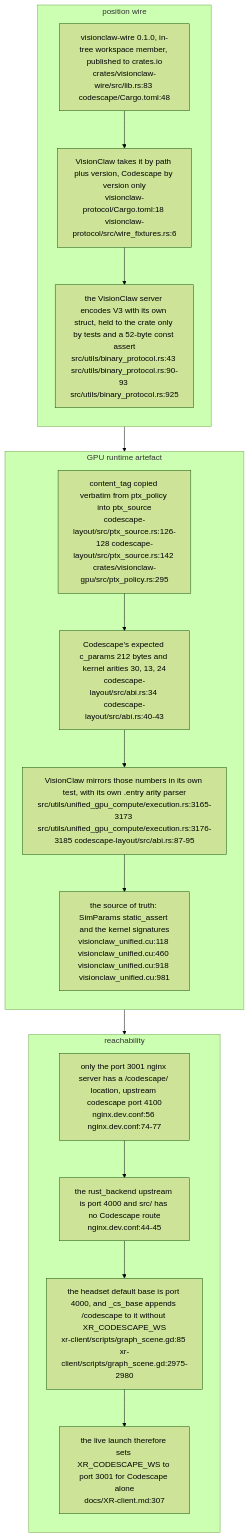
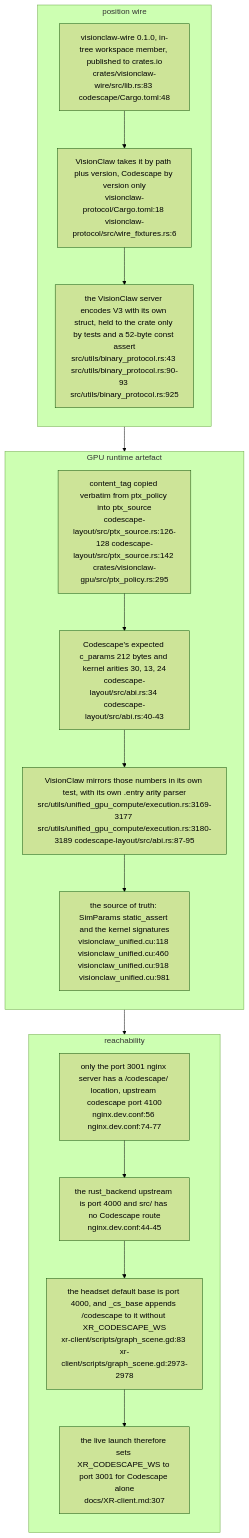
The eighth of 8 diagrams in docs/diagrams/visionclaw/39-codescape.md (DreamLab-AI/VisionFlow), drawn with Mermaid (forest theme) before and after one commit. The commit also changed other lines of this file and 7 other files, not shown here.

First line of the commit message:
diagrams(visionclaw): re-verify VC-34 to VC-40 and VC-42 at visionclaw 4900ec6, agentbox 59b1aca

````diff
--- a/docs/diagrams/visionclaw/39-codescape.md
+++ b/docs/diagrams/visionclaw/39-codescape.md
@@ -405,27 +405,27 @@
 ```mermaid
 flowchart TB
     subgraph WIREG["position wire"]
         direction TB
         W1["visionclaw-wire 0.1.0, in-tree workspace member, published to crates.io<br/>crates/visionclaw-wire/src/lib.rs:83 codescape/Cargo.toml:48"]
         W2["VisionClaw takes it by path plus version, Codescape by version only<br/>visionclaw-protocol/Cargo.toml:18 visionclaw-protocol/src/wire_fixtures.rs:6"]
         W3["the VisionClaw server encodes V3 with its own struct, held to the crate only by tests and a 52-byte const assert<br/>src/utils/binary_protocol.rs:43 src/utils/binary_protocol.rs:90-93 src/utils/binary_protocol.rs:925"]
         W1 --> W2 --> W3
     end
     subgraph PTXG["GPU runtime artefact"]
         direction TB
         P1["content_tag copied verbatim from ptx_policy into ptx_source<br/>codescape-layout/src/ptx_source.rs:126-128 codescape-layout/src/ptx_source.rs:142 crates/visionclaw-gpu/src/ptx_policy.rs:295"]
         P2["Codescape's expected c_params 212 bytes and kernel arities 30, 13, 24<br/>codescape-layout/src/abi.rs:34 codescape-layout/src/abi.rs:40-43"]
-        P3["VisionClaw mirrors those numbers in its own test, with its own .entry arity parser<br/>src/utils/unified_gpu_compute/execution.rs:3165-3173 src/utils/unified_gpu_compute/execution.rs:3176-3185 codescape-layout/src/abi.rs:87-95"]
+        P3["VisionClaw mirrors those numbers in its own test, with its own .entry arity parser<br/>src/utils/unified_gpu_compute/execution.rs:3169-3177 src/utils/unified_gpu_compute/execution.rs:3180-3189 codescape-layout/src/abi.rs:87-95"]
         P4["the source of truth: SimParams static_assert and the kernel signatures<br/>visionclaw_unified.cu:118 visionclaw_unified.cu:460 visionclaw_unified.cu:918 visionclaw_unified.cu:981"]
         P1 --> P2 --> P3 --> P4
     end
     subgraph ROUTE["reachability"]
         direction TB
         R1["only the port 3001 nginx server has a /codescape/ location, upstream codescape port 4100<br/>nginx.dev.conf:56 nginx.dev.conf:74-77"]
         R2["the rust_backend upstream is port 4000 and src/ has no Codescape route<br/>nginx.dev.conf:44-45"]
-        R3["the headset default base is port 4000, and _cs_base appends /codescape to it without XR_CODESCAPE_WS<br/>xr-client/scripts/graph_scene.gd:85 xr-client/scripts/graph_scene.gd:2975-2980"]
+        R3["the headset default base is port 4000, and _cs_base appends /codescape to it without XR_CODESCAPE_WS<br/>xr-client/scripts/graph_scene.gd:83 xr-client/scripts/graph_scene.gd:2973-2978"]
         R4["the live launch therefore sets XR_CODESCAPE_WS to port 3001 for Codescape alone<br/>docs/XR-client.md:307"]
         R1 --> R2 --> R3 --> R4
     end
     WIREG --> PTXG --> ROUTE
 ```
````
